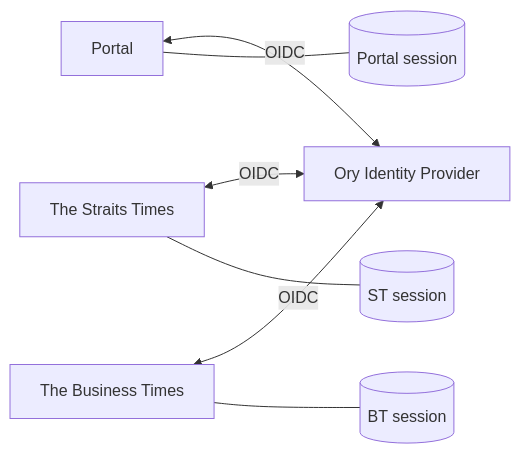
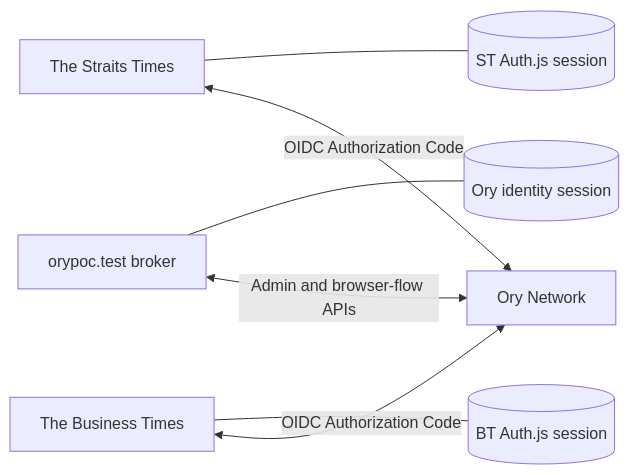
The first of 3 diagrams in SSO.md (blue-rigel/ory-poc), drawn with Mermaid before and after one commit. The commit also changed other lines of this file and 13 other files, not shown here.

Commit message:
feat: revamp sso flow

````diff
--- a/SSO.md
+++ b/SSO.md
@@ -13,10 +25,9 @@
 ```mermaid
 flowchart LR
-    Portal[Portal] <-->|OIDC| Ory[Ory Identity Provider]
-    ST[The Straits Times] <-->|OIDC| Ory
-    BT[The Business Times] <-->|OIDC| Ory
-
-    Portal --- P[(Portal session)]
-    ST --- S[(ST session)]
-    BT --- B[(BT session)]
+    ST[The Straits Times] --- STS[(ST Auth.js session)]
+    BT[The Business Times] --- BTS[(BT Auth.js session)]
+    Portal[orypoc.test broker] --- IDS[(Ory identity session)]
+    Portal <-->|Admin and browser-flow APIs| Ory[Ory Network]
+    ST <-->|OIDC Authorization Code| Ory
+    BT <-->|OIDC Authorization Code| Ory
 ```
````
